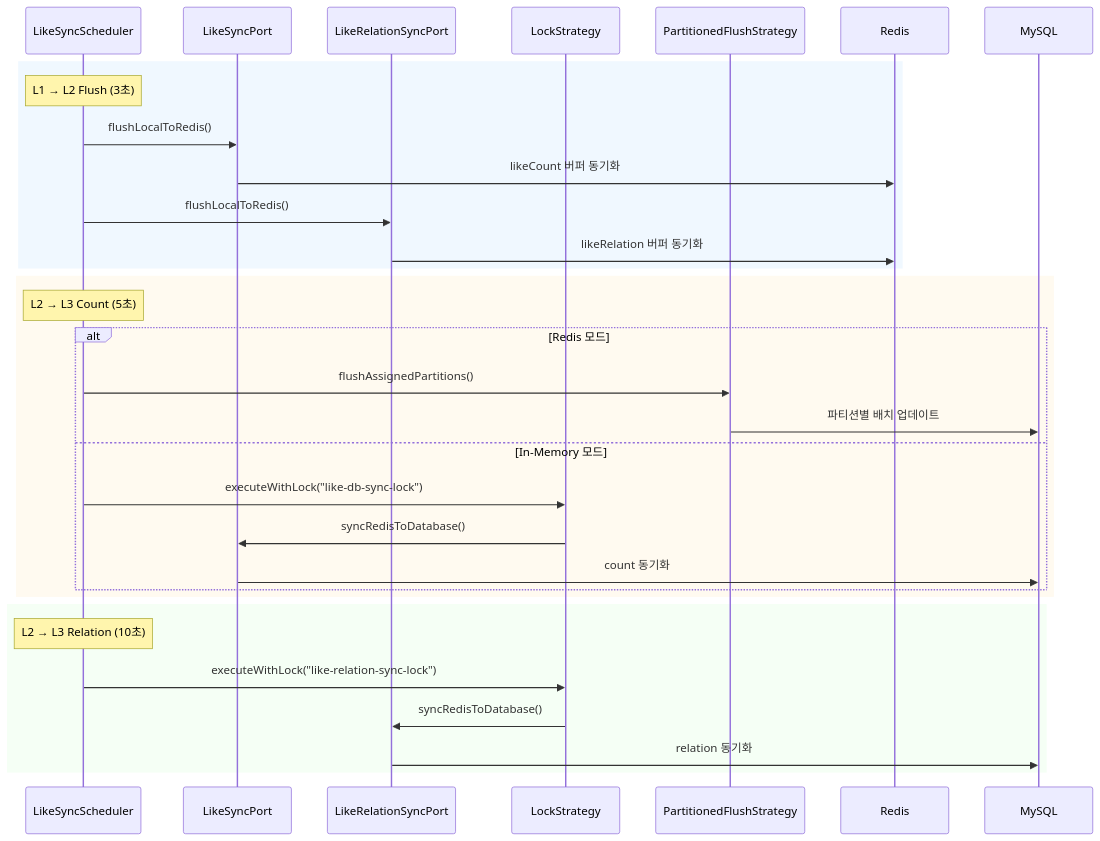
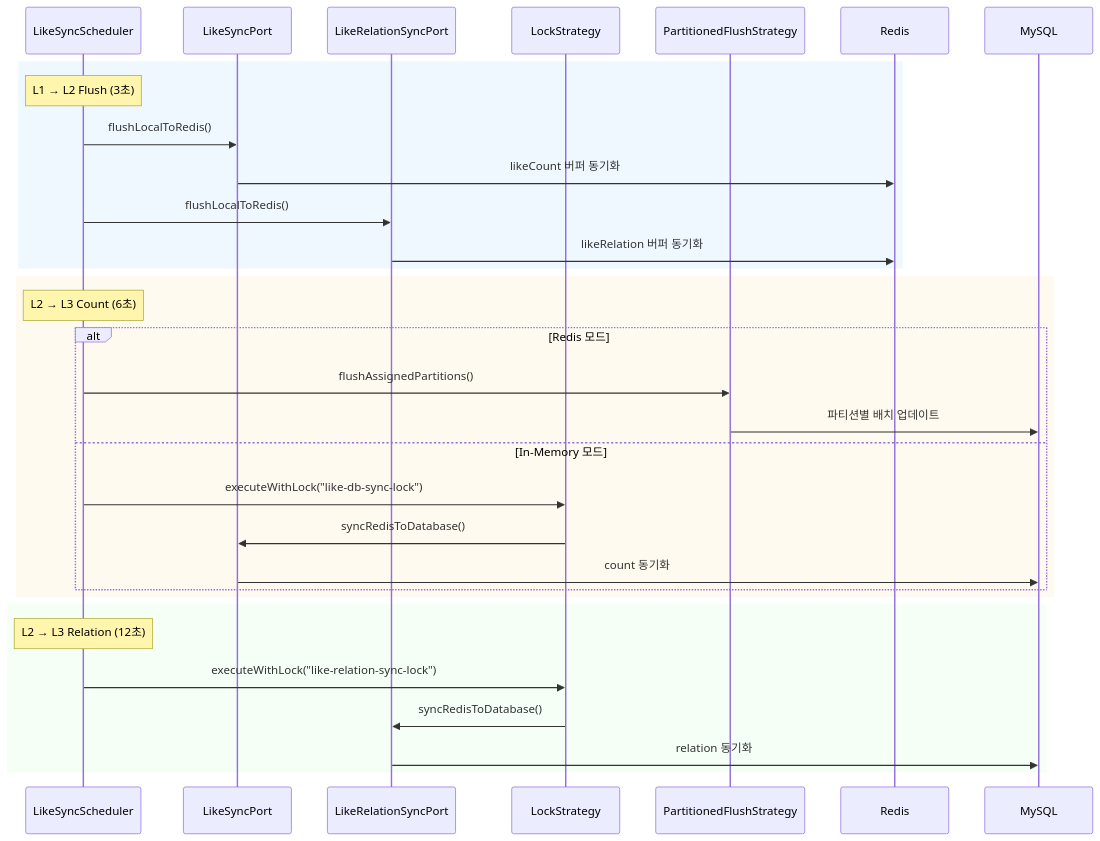
Before and after one commit to zbnerd/probabilistic-valuation-engine: the seventh of 22 diagrams in docs/04_Sequence_Diagrams/scheduler-data-flow-diagrams.md, drawn with Mermaid. The commit also changed other lines of this file and 2 other files, not shown here.

Commit message:
refactor: align LikeSync scheduler timing with 2x multiplier
- Change LikeSyncScheduler timing from hardcoded values to YAML properties
- Align timing with 2x multiplier: 3s → 6s → 12s (was 3s → 5s → 10s)
- Keep L1→L2 at 3s to preserve UX (Architect + Code Reviewer consensus)
- Update scheduler-data-flow-diagrams.md documentation

Changes:
- LikeSyncScheduler.kt: fixedDelay → fixedDelayString with YAML properties
- application.yml: add scheduler.like-sync.* configuration
- scheduler-data-flow-diagrams.md: update timing values

Consensus: Architect and Code Reviewer both rejected 5s/10s/20s due to UX
degradation and approved 3s/6s/12s as a compromise that maintains 2x
multiplier while preserving user experience.

````diff
--- a/docs/04_Sequence_Diagrams/scheduler-data-flow-diagrams.md
+++ b/docs/04_Sequence_Diagrams/scheduler-data-flow-diagrams.md
@@ -304,38 +304,38 @@
 ```mermaid
 sequenceDiagram
     participant Scheduler as LikeSyncScheduler
     participant LikeSyncPort as LikeSyncPort
     participant LikeRelationPort as LikeRelationSyncPort
     participant LockStrategy as LockStrategy
     participant PartitionedFlush as PartitionedFlushStrategy
     participant Redis as Redis
     participant DB as MySQL
 
     rect rgb(240, 248, 255)
         Note over Scheduler: L1 → L2 Flush (3초)
         Scheduler->>LikeSyncPort: flushLocalToRedis()
         LikeSyncPort->>Redis: likeCount 버퍼 동기화
 
         Scheduler->>LikeRelationPort: flushLocalToRedis()
         LikeRelationPort->>Redis: likeRelation 버퍼 동기화
     end
 
     rect rgb(255, 250, 240)
-        Note over Scheduler: L2 → L3 Count (5초)
+        Note over Scheduler: L2 → L3 Count (6초)
         alt Redis 모드
             Scheduler->>PartitionedFlush: flushAssignedPartitions()
             PartitionedFlush->>DB: 파티션별 배치 업데이트
         else In-Memory 모드
             Scheduler->>LockStrategy: executeWithLock("like-db-sync-lock")
             LockStrategy->>LikeSyncPort: syncRedisToDatabase()
             LikeSyncPort->>DB: count 동기화
         end
     end
 
     rect rgb(245, 255, 245)
-        Note over Scheduler: L2 → L3 Relation (10초)
+        Note over Scheduler: L2 → L3 Relation (12초)
         Scheduler->>LockStrategy: executeWithLock("like-relation-sync-lock")
         LockStrategy->>LikeRelationPort: syncRedisToDatabase()
         LikeRelationPort->>DB: relation 동기화
     end
 ```
````
